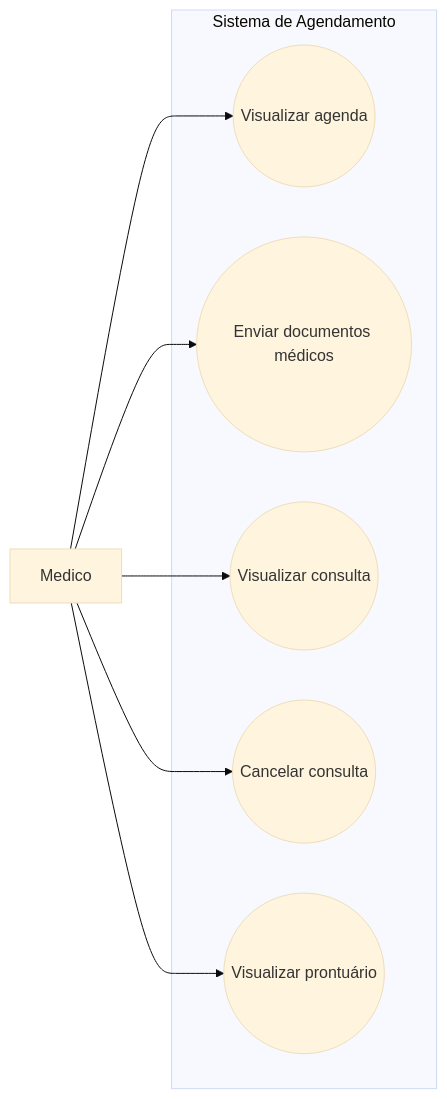
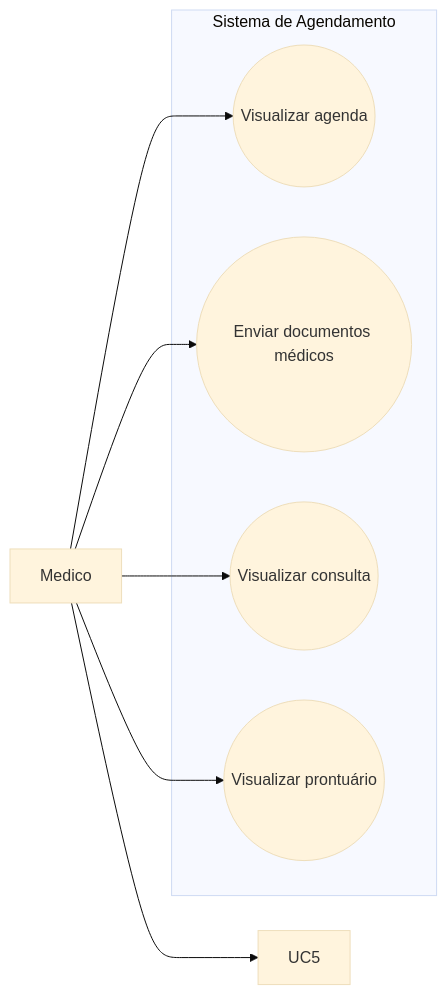
Before and after one commit to InsaneCaio/eng-soft-2026-1: the diagram in docs/casos de uso/medico.md, drawn with Mermaid (base theme). The commit also changed other lines of this file, not shown here.

````diff
--- a/docs/casos de uso/medico.md
+++ b/docs/casos de uso/medico.md
@@ -13,18 +12,17 @@
 ```mermaid
 flowchart LR
     M[Medico]
 
     subgraph Sistema de Agendamento
         UC1((Visualizar agenda))
         UC2((Enviar documentos médicos))
         UC3((Visualizar consulta))
-        UC4((Cancelar consulta))
-        UC5((Visualizar prontuário))
+        UC4((Visualizar prontuário))
     end
 
     M --> UC1
     M --> UC2
     M --> UC3
     M --> UC4
     M --> UC5
 ```
````
